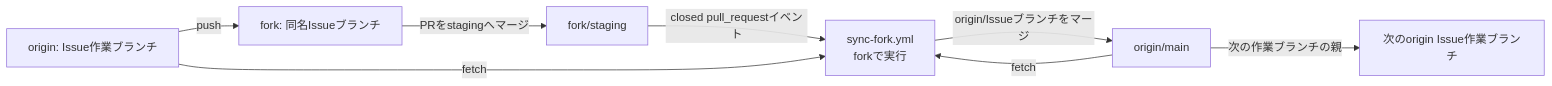
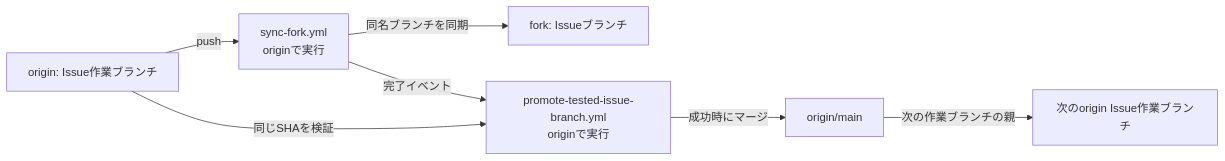
The second of 2 diagrams in docs/workflows/branch-workflow.md (DaisukeShirai/RENO), drawn with Mermaid before and after one commit. The commit also changed other lines of this file and 5 other files, not shown here.

````diff
--- a/docs/workflows/branch-workflow.md
+++ b/docs/workflows/branch-workflow.md
@@ -39,10 +39,9 @@
 ```mermaid
 flowchart LR
-    OI[origin: Issue作業ブランチ] -->|push| FI[fork: 同名Issueブランチ]
-    FI -->|PRをstagingへマージ| FS[fork/staging]
-    FS -->|closed pull_requestイベント| W[sync-fork.yml<br/>forkで実行]
-    OI -->|fetch| W
-    OM[origin/main] -->|fetch| W
-    W -->|origin/Issueブランチをマージ| OM
+    OI[origin: Issue作業ブランチ] -->|push| S[sync-fork.yml<br/>originで実行]
+    S -->|同名ブランチを同期| FI[fork: Issueブランチ]
+    S -->|完了イベント| T[promote-tested-issue-branch.yml<br/>originで実行]
+    OI -->|同じSHAを検証| T
+    T -->|成功時にマージ| OM[origin/main]
     OM -->|次の作業ブランチの親| NEXT[次のorigin Issue作業ブランチ]
 ```
````
